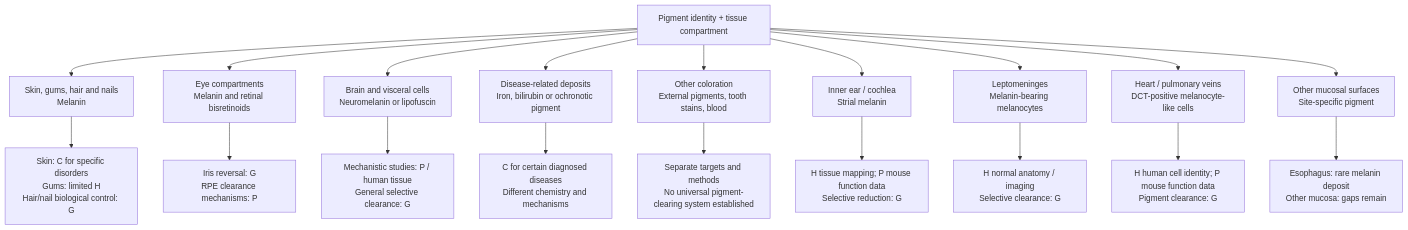
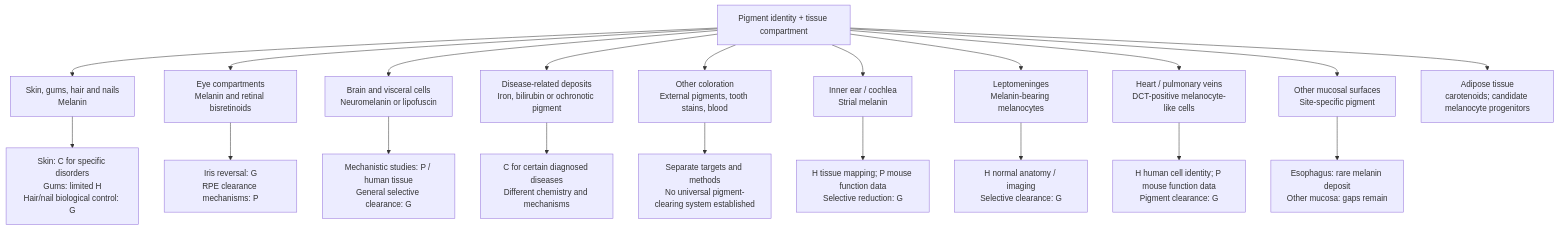
One commit to dylanstechmann/iris-color-without-contacts changed the first of 21 diagrams in research/tissue-pigment-atlas.md. Above: the diagram before and after it, drawn with Mermaid. The commit also changed other lines of this file, not shown here.

Commit message:
Map candidate melanocyte-lineage evidence by tissue

````diff
--- a/research/tissue-pigment-atlas.md
+++ b/research/tissue-pigment-atlas.md
@@ -23,22 +23,23 @@
 ```mermaid
 flowchart TD
     A["Pigment identity + tissue compartment"]
     A --> B["Skin, gums, hair and nails<br/>Melanin"]
     A --> C["Eye compartments<br/>Melanin and retinal bisretinoids"]
     A --> D["Brain and visceral cells<br/>Neuromelanin or lipofuscin"]
     A --> E["Disease-related deposits<br/>Iron, bilirubin or ochronotic pigment"]
     A --> F["Other coloration<br/>External pigments, tooth stains, blood"]
     A --> G["Inner ear / cochlea<br/>Strial melanin"]
     A --> H["Leptomeninges<br/>Melanin-bearing melanocytes"]
     A --> I["Heart / pulmonary veins<br/>DCT-positive melanocyte-like cells"]
     A --> J["Other mucosal surfaces<br/>Site-specific pigment"]
+    A --> K["Adipose tissue<br/>carotenoids; candidate melanocyte progenitors"]
     B --> B1["Skin: C for specific disorders<br/>Gums: limited H<br/>Hair/nail biological control: G"]
     C --> C1["Iris reversal: G<br/>RPE clearance mechanisms: P"]
     D --> D1["Mechanistic studies: P / human tissue<br/>General selective clearance: G"]
     G --> G1["H tissue mapping; P mouse function data<br/>Selective reduction: G"]
     H --> H1["H normal anatomy / imaging<br/>Selective clearance: G"]
     I --> I1["H human cell identity; P mouse function data<br/>Pigment clearance: G"]
     J --> J1["Esophagus: rare melanin deposit<br/>Other mucosa: gaps remain"]
     E --> E1["C for certain diagnosed diseases<br/>Different chemistry and mechanisms"]
     F --> F1["Separate targets and methods<br/>No universal pigment-clearing system established"]
 ```
````
